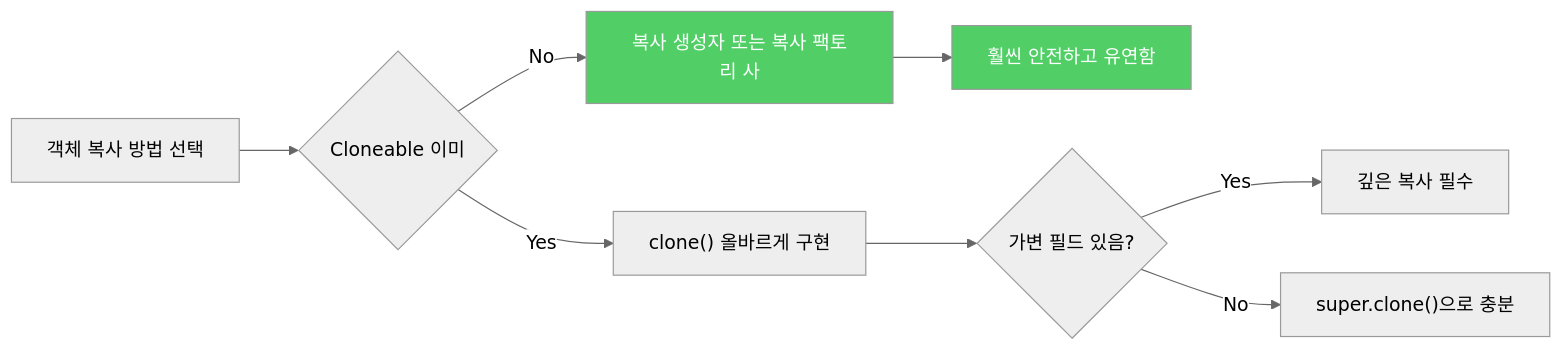
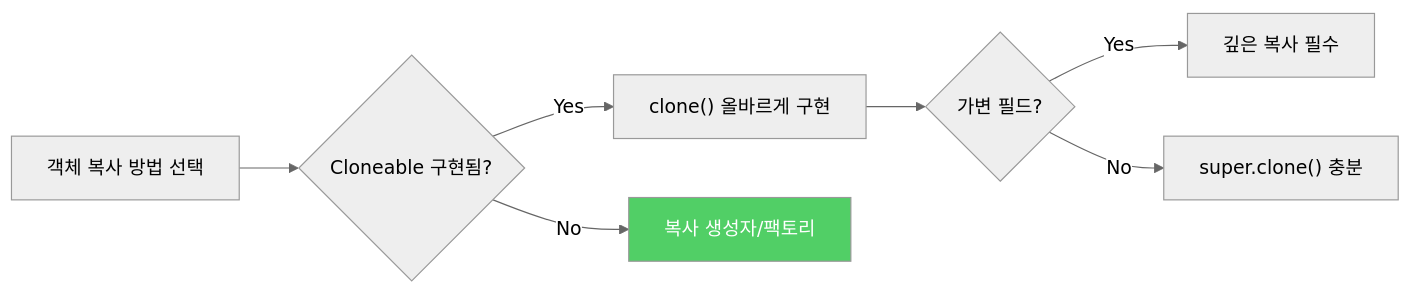
The fourth of 4 diagrams in _posts/java/2021-12-27-effective-java13.md (yjkim2015/yjkim2015.github.io), drawn with Mermaid (neutral theme) before and after one commit. The commit also changed other lines of this file and 245 other files, not shown here.

First line of the commit message:
Mermaid 다이어그램 전면 수정 + 면접 포인트 접기/펼치기 + DB 데드락 페이지

````diff
--- a/_posts/java/2021-12-27-effective-java13.md
+++ b/_posts/java/2021-12-27-effective-java13.md
@@ -226,12 +223,10 @@
 ```mermaid
 graph LR
-    A["객체 복사 방법 선택"] --> B{"Cloneable 이미"}
+    A["객체 복사 방법 선택"] --> B{"Cloneable 구현됨?"}
     B -->|"Yes"| C["clone() 올바르게 구현"]
-    B -->|"No"| D["복사 생성자 또는 복사 팩토리 사"]
-    D --> D1["훨씬 안전하고 유연함"]
-    C --> E{"가변 필드 있음?"}
+    B -->|"No"| D["복사 생성자/팩토리"]
+    C --> E{"가변 필드?"}
     E -->|"Yes"| F["깊은 복사 필수"]
-    E -->|"No"| G["super.clone()으로 충분"]
+    E -->|"No"| G["super.clone() 충분"]
     style D fill:#51cf66,color:#fff
-    style D1 fill:#51cf66,color:#fff
 ```
````
